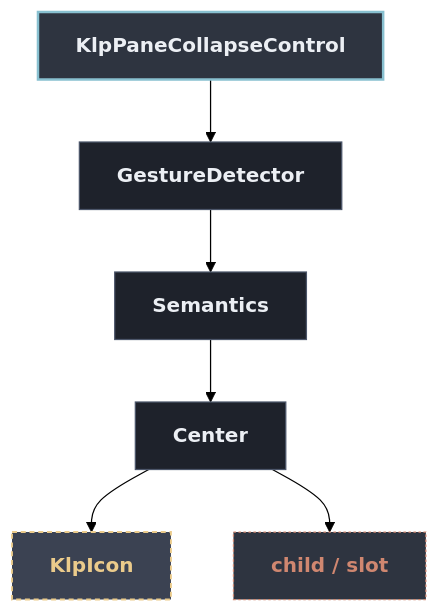
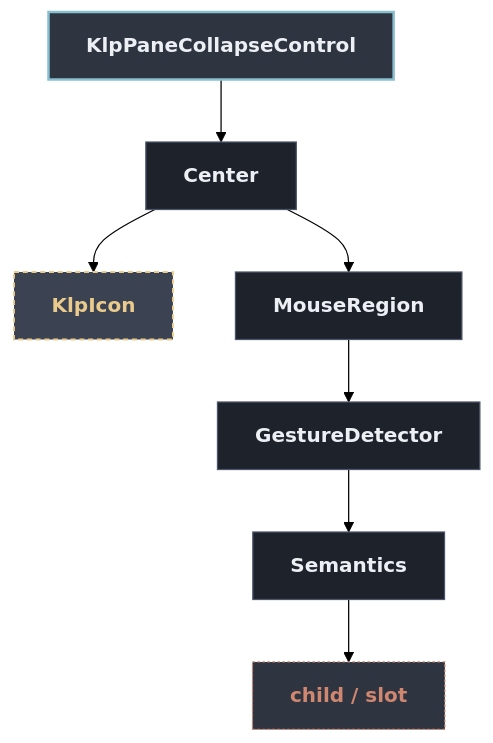
One commit to MiuDog/Kallopis changed the diagram in docs/architecture/components/shell/klp_pane_collapse_control.md. Above: the diagram before and after it, drawn with Mermaid (forest theme). The commit also changed other lines of this file and 123 other files, not shown here.

First line of the commit message:
docs(architecture): regenerate per-component trees, unbreak the generator

````diff
--- a/docs/architecture/components/shell/klp_pane_collapse_control.md
+++ b/docs/architecture/components/shell/klp_pane_collapse_control.md
@@ -13,20 +13,22 @@
 ```mermaid
 flowchart TD
   classDef default fill:#1E222B,stroke:#4C566A,stroke-width:1px,color:#ECEFF4;
   classDef root fill:#2E3440,stroke:#88C0D0,stroke-width:2px,color:#ECEFF4,font-weight:bold;
   classDef reference fill:#3B4252,stroke:#EBCB8B,stroke-width:1.5px,stroke-dasharray: 4 3,color:#EBCB8B;
   classDef container fill:#2E3440,stroke:#A3BE8C,stroke-width:1.5px,color:#A3BE8C;
   classDef slot fill:#2E3440,stroke:#D08770,stroke-width:1px,stroke-dasharray: 2 2,color:#D08770;
 
   root["KlpPaneCollapseControl"]:::root
-  n1["GestureDetector"]
+  n1["Center"]
   root --> n1
-  n2["Semantics"]
+  n2["KlpIcon"]:::reference
   n1 --> n2
-  n3["Center"]
-  n2 --> n3
-  n4["KlpIcon"]:::reference
+  n3["MouseRegion"]
+  n1 --> n3
+  n4["GestureDetector"]
   n3 --> n4
-  n5["child / slot"]:::slot
-  n3 --> n5
+  n5["Semantics"]
+  n4 --> n5
+  n6["child / slot"]:::slot
+  n5 --> n6
 ```
````
